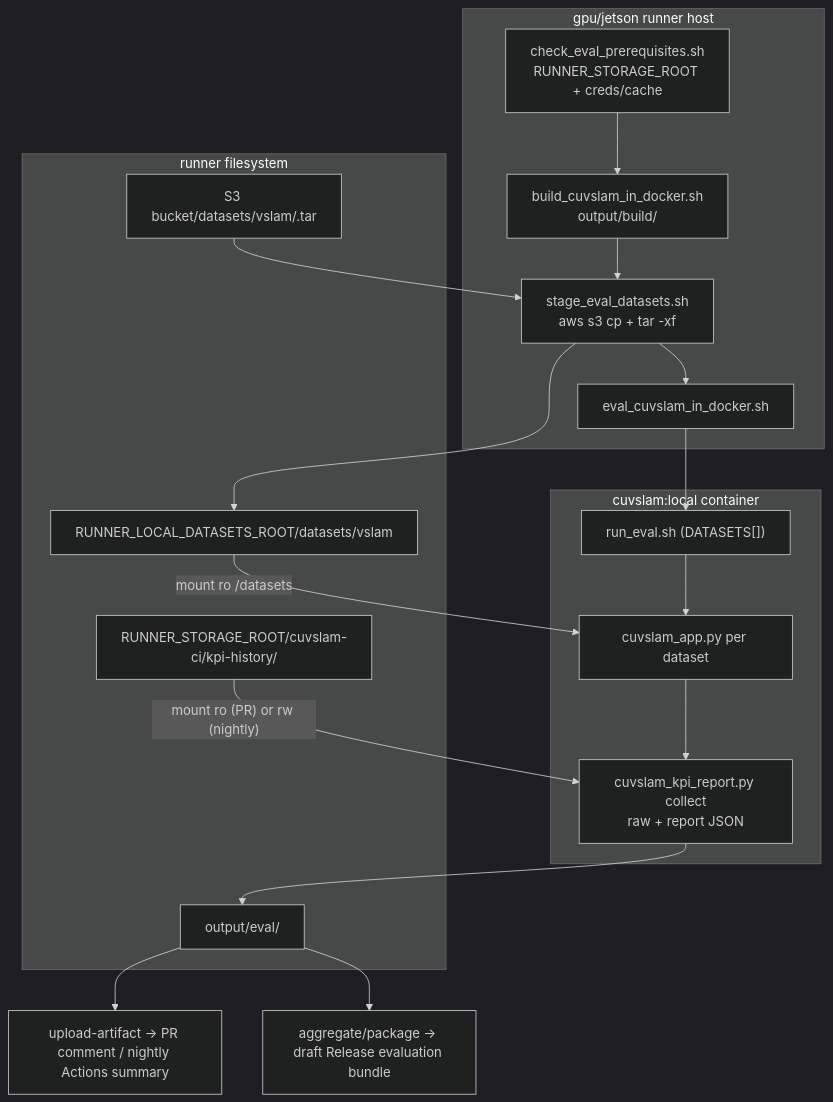
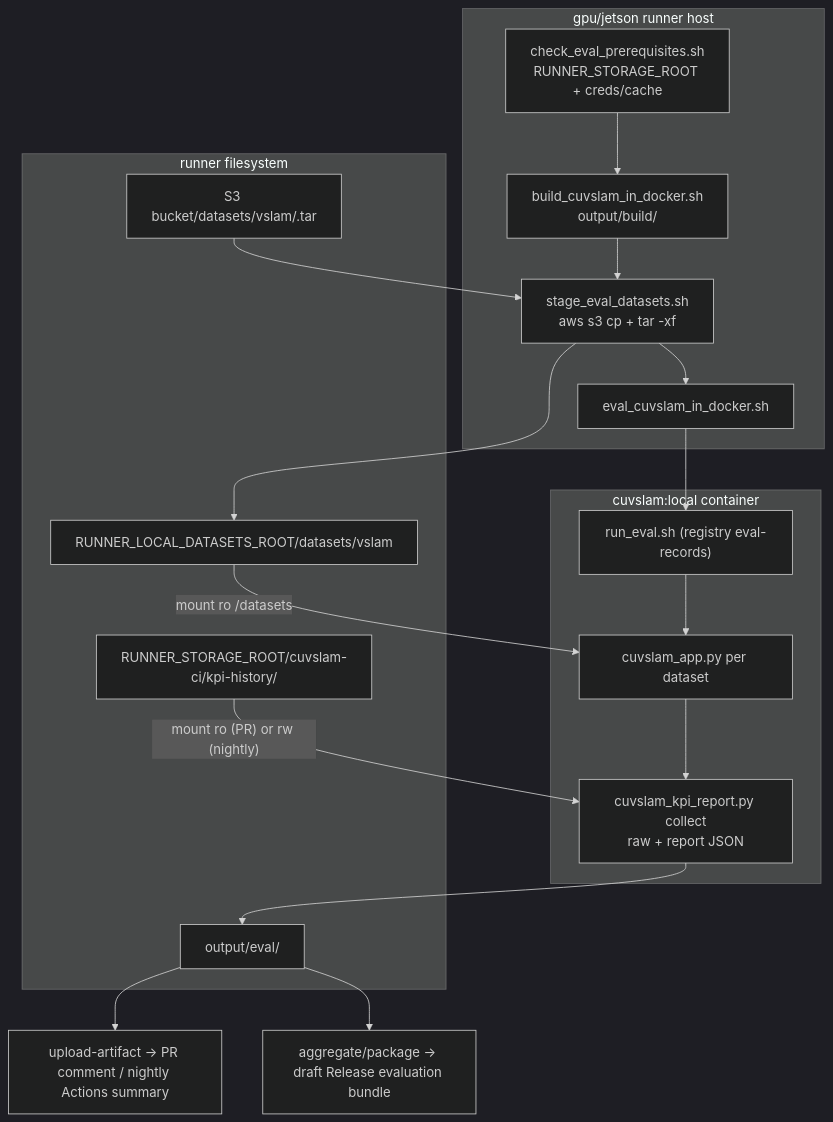
One commit to CloudEngineHub/cuVSLAM changed the diagram in cuvslam-skills/cuvslam-ci/reference.md. Above: the diagram before and after it, drawn with Mermaid (dark theme). The commit also changed other lines of this file and 9 other files, not shown here.

````diff
--- a/cuvslam-skills/cuvslam-ci/reference.md
+++ b/cuvslam-skills/cuvslam-ci/reference.md
@@ -21,29 +21,29 @@
 ```mermaid
 flowchart TD
   subgraph host [gpu/jetson runner host]
     prereq["check_eval_prerequisites.sh\nRUNNER_STORAGE_ROOT + creds/cache"]
     build["build_cuvslam_in_docker.sh\noutput/build/"]
     stage["stage_eval_datasets.sh\naws s3 cp + tar -xf"]
     wrapper["eval_cuvslam_in_docker.sh"]
     prereq --> build --> stage --> wrapper
   end
   subgraph container [cuvslam:local container]
-    inner["run_eval.sh (DATASETS[])"]
+    inner["run_eval.sh (registry eval-records)"]
     app["cuvslam_app.py per dataset"]
     kpi["cuvslam_kpi_report.py collect\nraw + report JSON"]
     inner --> app --> kpi
   end
   subgraph fs [runner filesystem]
     s3["S3 bucket/datasets/vslam/<name>.tar"]
     cache["RUNNER_LOCAL_DATASETS_ROOT/datasets/vslam"]
     history["RUNNER_STORAGE_ROOT/cuvslam-ci/kpi-history/<slug>"]
     out["output/eval/"]
   end
   s3 --> stage --> cache
   wrapper --> inner
   cache -->|"mount ro /datasets"| app
   history -->|"mount ro (PR) or rw (nightly)"| kpi
   kpi --> out
   out --> pub["upload-artifact -> PR comment / nightly Actions summary"]
   out --> release["aggregate/package -> draft Release evaluation bundle"]
 ```
````
